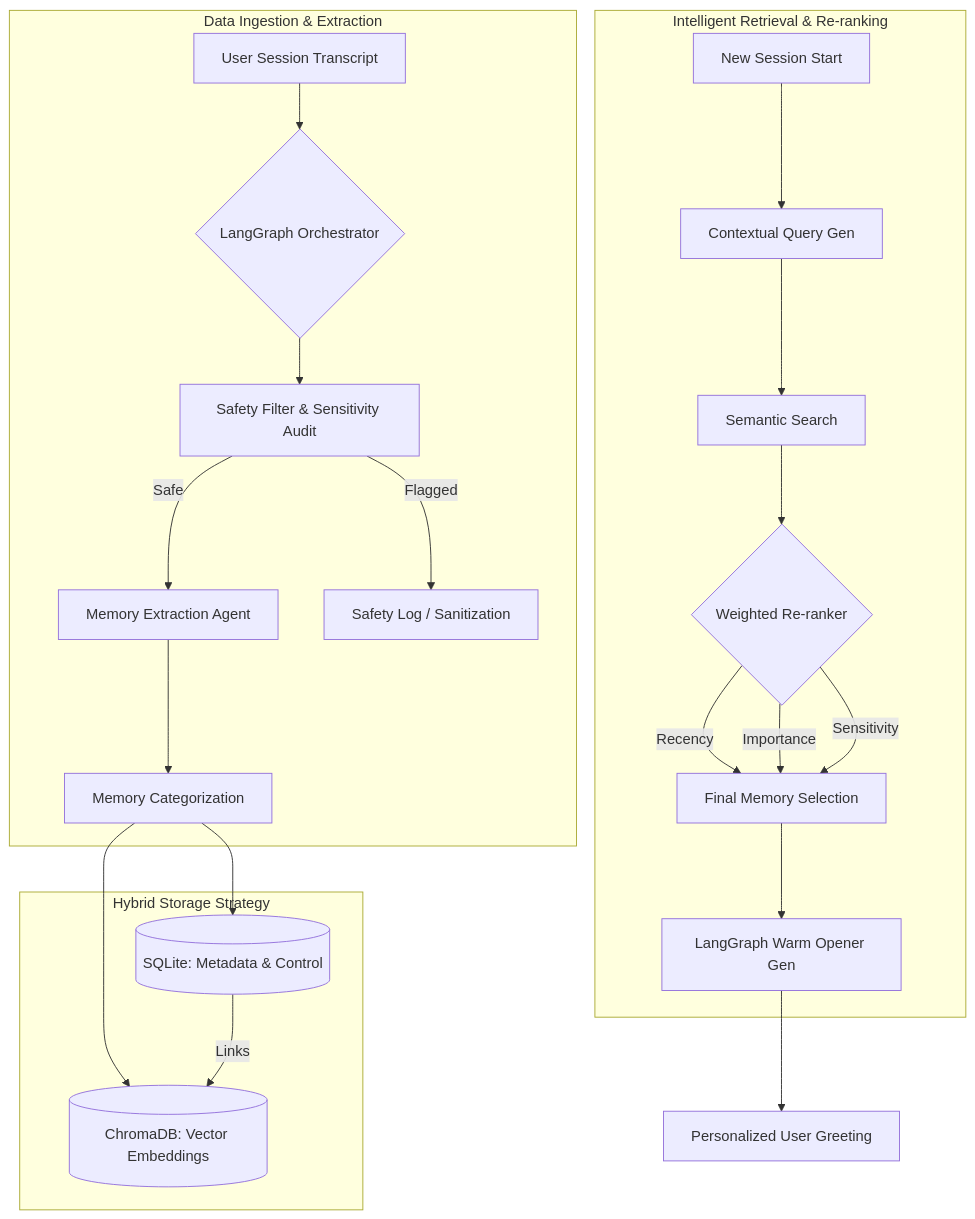
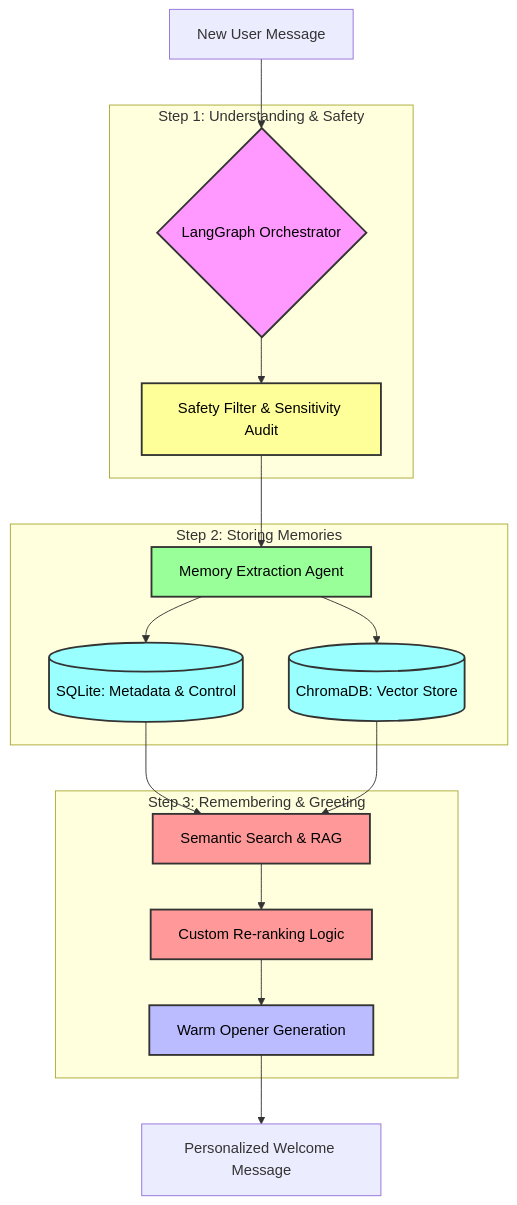
Before and after one commit to Aftab0904/Project_Recall_AI_Therapist: the diagram in README.md, drawn with Mermaid. The commit also changed other lines of this file, not shown here.

Commit message:
Updated Architecture

````diff
--- a/README.md
+++ b/README.md
@@ -33,28 +33,47 @@
 ```mermaid
 graph TD
-    subgraph Ingestion_Phase [Data Ingestion & Extraction]
-        A[User Session Transcript] --> B{LangGraph Orchestrator}
-        B --> C[Safety Filter & Sensitivity Audit]
-        C -- Safe --> D[Memory Extraction Agent]
-        C -- Flagged --> E[Safety Log / Sanitization]
-        D --> F[Memory Categorization]
+    %% Node Definitions
+    Input[New User Message]
+    
+    subgraph Processing [Step 1: Understanding & Safety]
+        LangGraph{LangGraph Orchestrator}
+        Safety[Safety Filter & Sensitivity Audit]
     end
 
-    subgraph Storage_Layer [Hybrid Storage Strategy]
-        F --> G[(SQLite: Metadata & Control)]
-        F --> H[(ChromaDB: Vector Embeddings)]
-        G -- Links --> H
+    subgraph Memory [Step 2: Storing Memories]
+        Extraction[Memory Extraction Agent]
+        SQL[(SQLite: Metadata & Control)]
+        Chroma[(ChromaDB: Vector Store)]
     end
 
-    subgraph Retrieval_Phase [Intelligent Retrieval & Re-ranking]
-        I[New Session Start] --> J[Contextual Query Gen]
-        J --> K[Semantic Search]
-        K --> L{Weighted Re-ranker}
-        L -- Recency --> M[Final Memory Selection]
-        L -- Importance --> M
-        L -- Sensitivity --> M
-        M --> N[LangGraph Warm Opener Gen]
+    subgraph Retrieval [Step 3: Remembering & Greeting]
+        Search[Semantic Search & RAG]
+        Ranker[Custom Re-ranking Logic]
+        Greeting[Warm Opener Generation]
     end
 
-    N --> O[Personalized User Greeting]
+    Output[Personalized Welcome Message]
+
+    %% Connections
+    Input --> LangGraph
+    LangGraph --> Safety
+    Safety --> Extraction
+    Extraction --> SQL
+    Extraction --> Chroma
+    
+    SQL --> Search
+    Chroma --> Search
+    Search --> Ranker
+    Ranker --> Greeting
+    Greeting --> Output
+
+    %% Styling
+    style LangGraph fill:#f9f,stroke:#333,stroke-width:2px,color:#000
+    style Safety fill:#ff9,stroke:#333,stroke-width:2px,color:#000
+    style Extraction fill:#9f9,stroke:#333,stroke-width:2px,color:#000
+    style SQL fill:#9ff,stroke:#333,stroke-width:2px,color:#000
+    style Chroma fill:#9ff,stroke:#333,stroke-width:2px,color:#000
+    style Search fill:#f99,stroke:#333,stroke-width:2px,color:#000
+    style Ranker fill:#f99,stroke:#333,stroke-width:2px,color:#000
+    style Greeting fill:#bbf,stroke:#333,stroke-width:2px,color:#000
 ```
````
